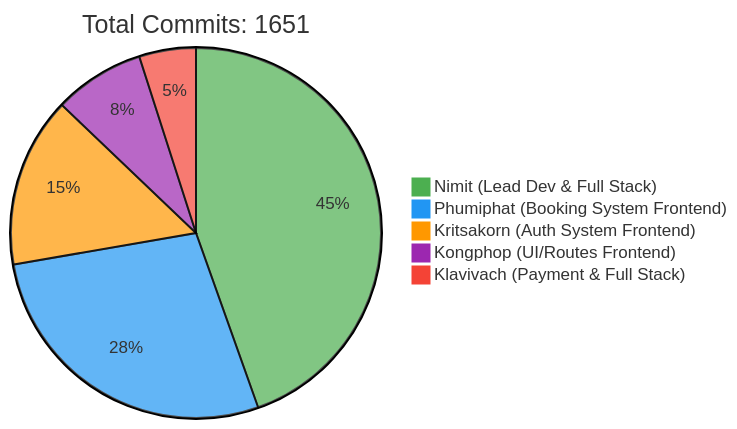
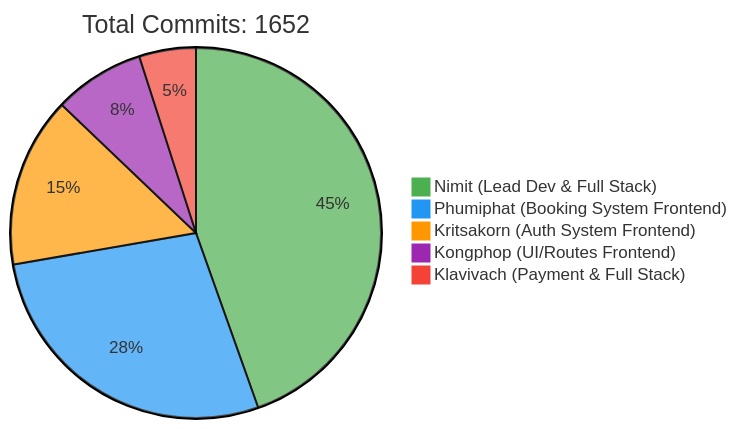
One commit to 6531503042/Sport-Complex changed the first of 2 diagrams in README.md. Above: the diagram before and after it, drawn with Mermaid. The commit also changed other lines of this file, not shown here.

Commit message:
docs: Update contributor statistics [skip ci]

````diff
--- a/README.md
+++ b/README.md
@@ -257,10 +257,10 @@
 ```mermaid
 %%{init: {'theme': 'base', 'themeVariables': { 'pie1': '#4CAF50', 'pie2': '#2196F3', 'pie3': '#FF9800', 'pie4': '#9C27B0', 'pie5': '#F44336'}}}%%
 pie
-    title Total Commits: 1651
+    title Total Commits: 1652
     "Nimit (Lead Dev & Full Stack)" : 450
     "Phumiphat (Booking System Frontend)" : 280
     "Kritsakorn (Auth System Frontend)" : 150
     "Kongphop (UI/Routes Frontend)" : 80
     "Klavivach (Payment & Full Stack)" : 50
 ```
````
